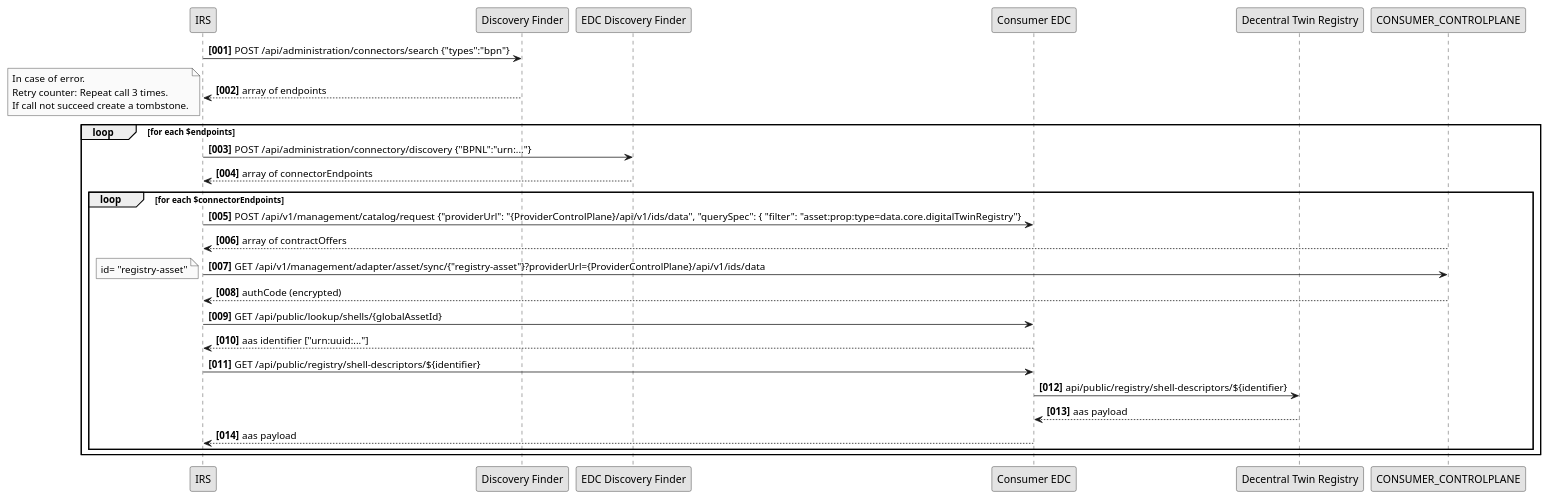
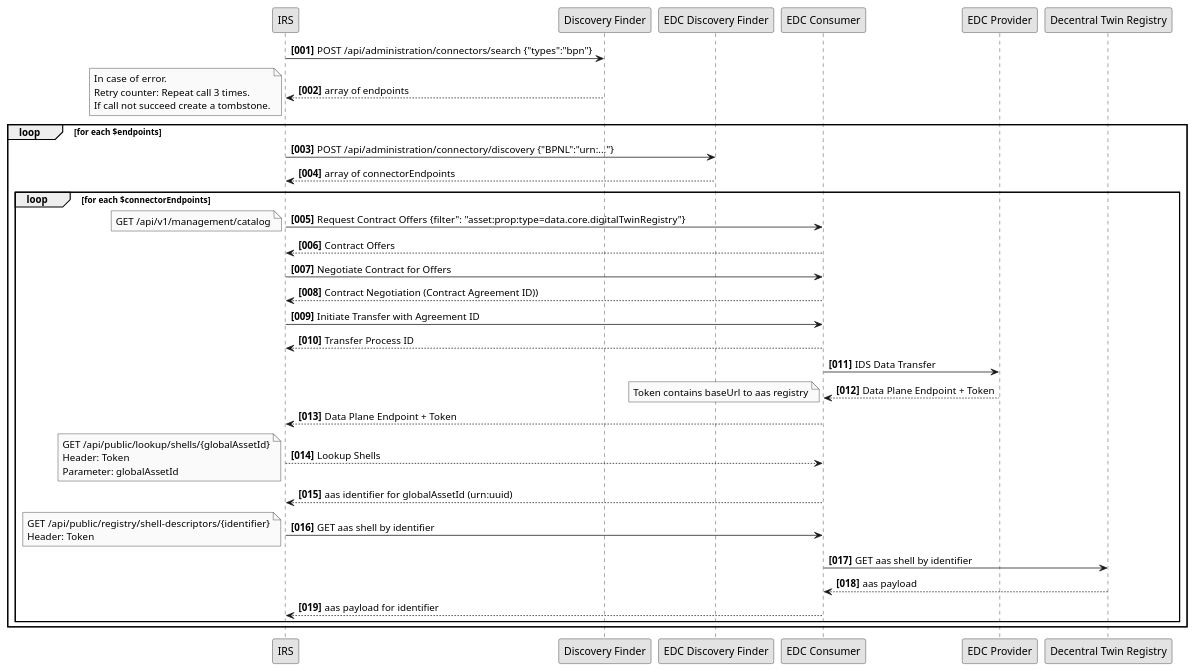
One commit to eclipse-tractusx/item-relationship-service changed the diagram in uml-diagrams/decentral-twin-registry/decentral-digital-registry-brief.puml. Above: the diagram before and after it, drawn with PlantUML. The commit also changed 1 other file, not shown here.

Commit message:
chore(uml):[TRI-1241] update according to IRS EDC flow

```diff
--- a/uml-diagrams/decentral-twin-registry/decentral-digital-registry-brief.puml
+++ b/uml-diagrams/decentral-twin-registry/decentral-digital-registry-brief.puml
@@ -1,56 +1,70 @@
 @startuml
 skinparam monochrome true
 skinparam shadowing false
 
 
 autonumber "<b>[000]"
 
 participant "IRS" as IRS
 participant "Discovery Finder" as DCF
 participant "EDC Discovery Finder" as EDCDF
-participant "Consumer EDC" as CONSUMER_EDC
+participant "EDC Consumer" as CONSUMER_EDC
+participant "EDC Provider" as PROVIDER_EDC
 participant "Decentral Twin Registry" as DTR
 
 IRS -> DCF: POST /api/administration/connectors/search {"types":"bpn"}
 IRS <-- DCF: array of endpoints
 note left
     In case of error.
     Retry counter: Repeat call 3 times.
     If call not succeed create a tombstone.
 end note
 loop for each $endpoints
     IRS -> EDCDF : POST /api/administration/connectory/discovery {"BPNL":"urn:..."}
 
          IRS <-- EDCDF : array of connectorEndpoints
 
          loop for each $connectorEndpoints
-             IRS -> CONSUMER_EDC: POST /api/v1/management/catalog/request {"providerUrl": "{ProviderControlPlane}/api/v1/ids/data", "querySpec": { "filter": "asset:prop:type=data.core.digitalTwinRegistry"}
+             IRS -> CONSUMER_EDC: Request Contract Offers {filter": "asset:prop:type=data.core.digitalTwinRegistry"}
+             note left
+                GET /api/v1/management/catalog
+             end note
+             IRS <-- CONSUMER_EDC: Contract Offers
+             IRS -> CONSUMER_EDC: Negotiate Contract for Offers
+             IRS <-- CONSUMER_EDC: Contract Negotiation (Contract Agreement ID))
+             IRS -> CONSUMER_EDC: Initiate Transfer with Agreement ID
+             IRS <-- CONSUMER_EDC: Transfer Process ID
+             CONSUMER_EDC -> PROVIDER_EDC: IDS Data Transfer
+             CONSUMER_EDC <-- PROVIDER_EDC: Data Plane Endpoint + Token
+             note left
+                  Token contains baseUrl to aas registry
+             end note
+             IRS <-- CONSUMER_EDC : Data Plane Endpoint + Token
+             IRS --> CONSUMER_EDC: Lookup Shells
+             note left
+                GET /api/public/lookup/shells/{globalAssetId}
+                Header: Token
+                Parameter: globalAssetId
+             end note
+             IRS <-- CONSUMER_EDC: aas identifier for globalAssetId (urn:uuid)
+             IRS -> CONSUMER_EDC: GET aas shell by identifier
+             note left
+                GET  /api/public/registry/shell-descriptors/{identifier}
+                Header: Token
+             end note
+            CONSUMER_EDC -> DTR : GET aas shell by identifier
+            CONSUMER_EDC <-- DTR: aas payload
+            IRS <-- CONSUMER_EDC: aas payload for identifier
 
-             IRS <-- CONSUMER_CONTROLPLANE: array of contractOffers
-
-             IRS -> CONSUMER_CONTROLPLANE: GET /api/v1/management/adapter/asset/sync/{"registry-asset"}?providerUrl={ProviderControlPlane}/api/v1/ids/data
-             note left
-                id= "registry-asset"
-             end note
-             IRS <-- CONSUMER_CONTROLPLANE: authCode (encrypted)
-
-             IRS -> CONSUMER_EDC: GET /api/public/lookup/shells/{globalAssetId}
-             IRS <-- CONSUMER_EDC: aas identifier ["urn:uuid:..."]
-
-             IRS -> CONSUMER_EDC : GET /api/public/registry/shell-descriptors/${identifier}
-
-             CONSUMER_EDC -> DTR : api/public/registry/shell-descriptors/${identifier}
-             CONSUMER_EDC <-- DTR: aas payload
-             IRS <-- CONSUMER_EDC: aas payload
          end loop
 
 
 
 end loop
 
 
 
 
 
 
 @enduml
```
